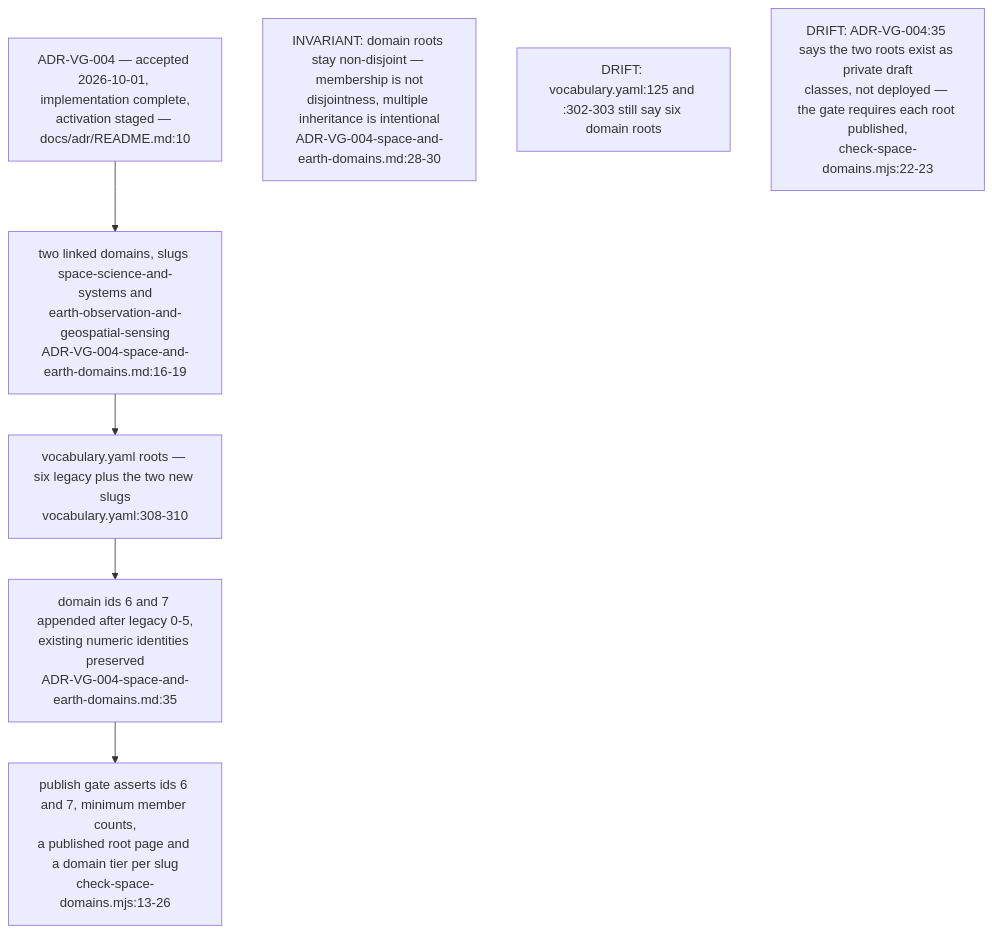
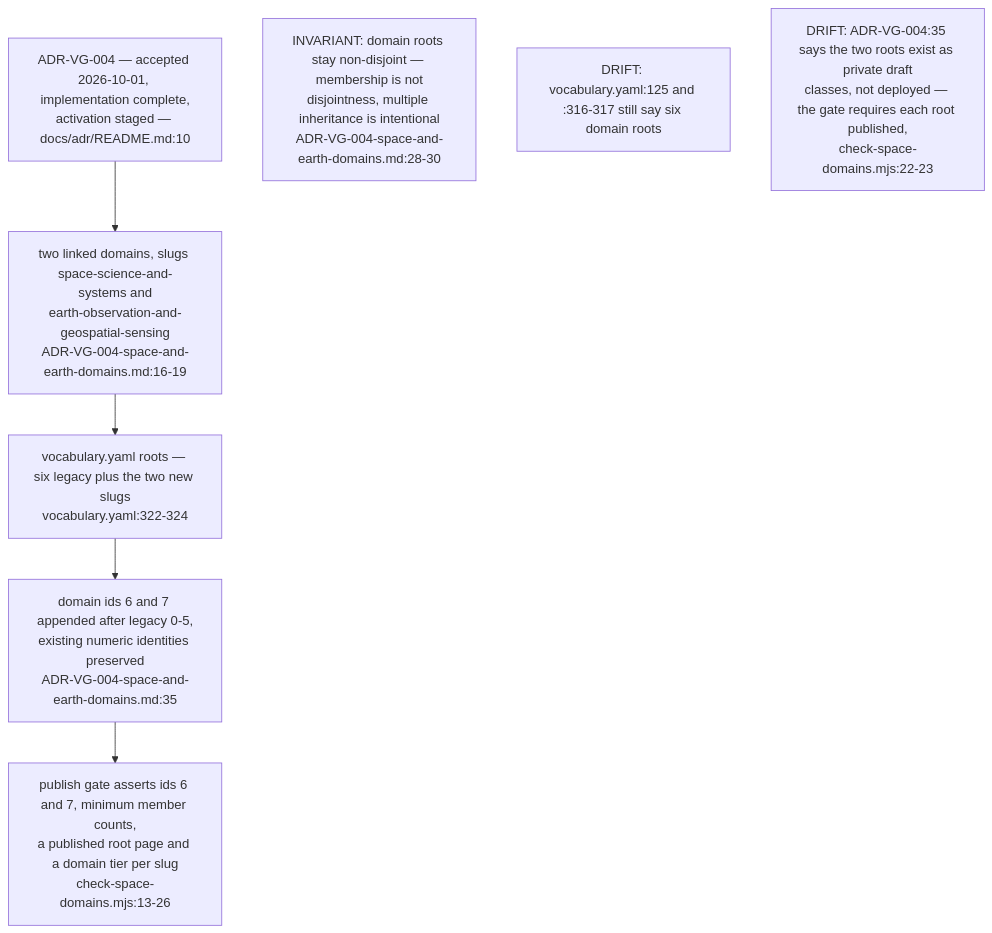
Before and after one commit to DreamLab-AI/VisionFlow: the sixth of 6 diagrams in docs/diagrams/visiongraph/01-vault-structure-and-contract.md, drawn with Mermaid. The commit also changed other lines of this file and 21 other files, not shown here.

Commit message:
docs(diagrams): refresh first verified estate batch

````diff
--- a/docs/diagrams/visiongraph/01-vault-structure-and-contract.md
+++ b/docs/diagrams/visiongraph/01-vault-structure-and-contract.md
@@ -164,12 +164,12 @@
 ```mermaid
 flowchart TB
     ADR["ADR-VG-004 — accepted 2026-10-01, implementation complete,<br/>activation staged — docs/adr/README.md:10"]
     SLUGS["two linked domains, slugs space-science-and-systems and<br/>earth-observation-and-geospatial-sensing<br/>ADR-VG-004-space-and-earth-domains.md:16-19"]
-    ROOTS["vocabulary.yaml roots — six legacy plus the two new slugs<br/>vocabulary.yaml:308-310"]
+    ROOTS["vocabulary.yaml roots — six legacy plus the two new slugs<br/>vocabulary.yaml:322-324"]
     IDS["domain ids 6 and 7 appended after legacy 0-5,<br/>existing numeric identities preserved<br/>ADR-VG-004-space-and-earth-domains.md:35"]
     GATE["publish gate asserts ids 6 and 7, minimum member counts,<br/>a published root page and a domain tier per slug<br/>check-space-domains.mjs:13-26"]
     ADR --> SLUGS --> ROOTS --> IDS --> GATE
     note1["INVARIANT: domain roots stay non-disjoint — membership is not<br/>disjointness, multiple inheritance is intentional<br/>ADR-VG-004-space-and-earth-domains.md:28-30"]
-    note2["DRIFT: vocabulary.yaml:125 and :302-303 still say six domain roots"]
+    note2["DRIFT: vocabulary.yaml:125 and :316-317 still say six domain roots"]
     note3["DRIFT: ADR-VG-004:35 says the two roots exist as private draft<br/>classes, not deployed — the gate requires each root published,<br/>check-space-domains.mjs:22-23"]
 ```
````
